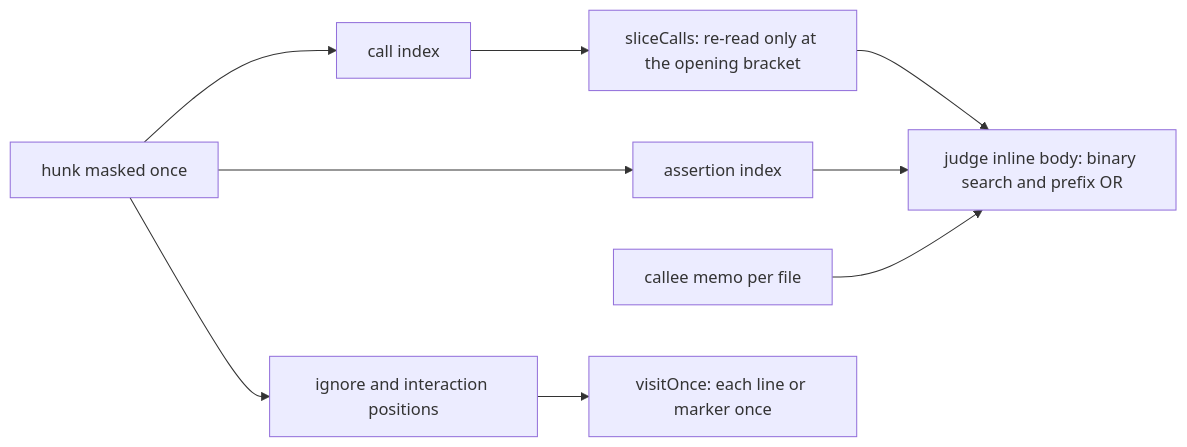
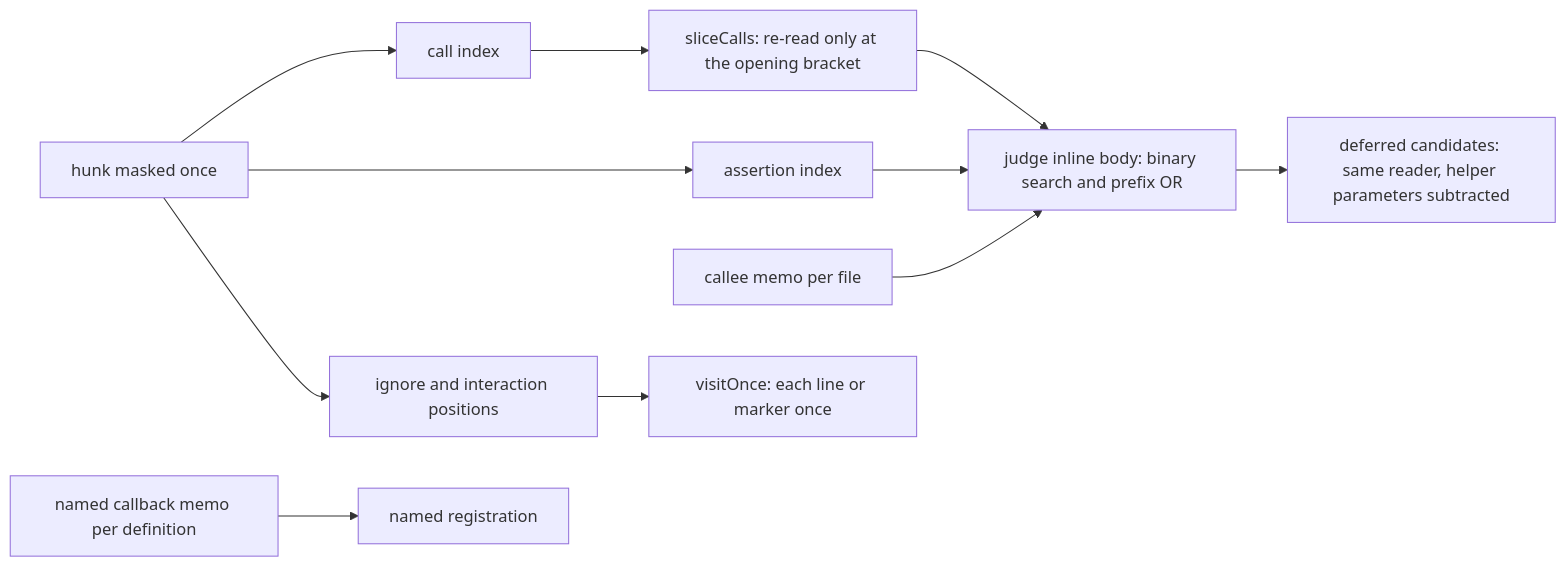
One commit to stSoftwareAU/VibeCoder changed the diagram in docs/archive/pr-summaries/pr-summary-5236.md. Above: the diagram before and after it, drawn with Mermaid. The commit also changed other lines of this file and 2 other files, not shown here.

First line of the commit message:
Read named callbacks once per definition and judge helper-parameter candidates from the hunk indexes (Issue #5236)

````diff
--- a/docs/archive/pr-summaries/pr-summary-5236.md
+++ b/docs/archive/pr-summaries/pr-summary-5236.md
@@ -79,11 +105,13 @@
 ```mermaid
 flowchart LR
     H[hunk masked once] --> CI[call index]
     H --> AI[assertion index]
     H --> IV[ignore and interaction positions]
     CI --> SC[sliceCalls: re-read only at the opening bracket]
     SC --> J[judge inline body: binary search and prefix OR]
     AI --> J
     M[callee memo per file] --> J
+    J --> C[deferred candidates: same reader, helper parameters subtracted]
+    N[named callback memo per definition] --> NB[named registration]
     IV --> V[visitOnce: each line or marker once]
 ```
````
